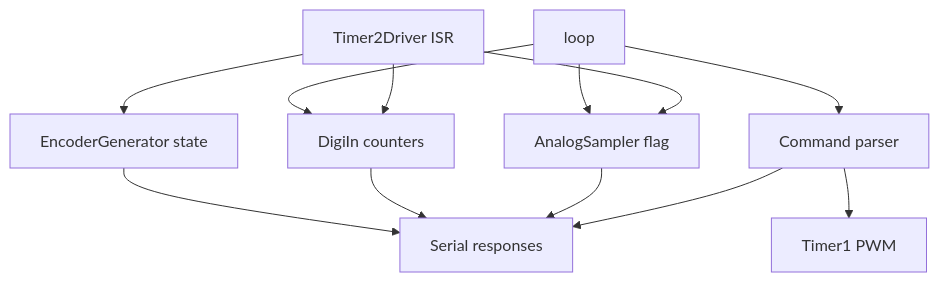
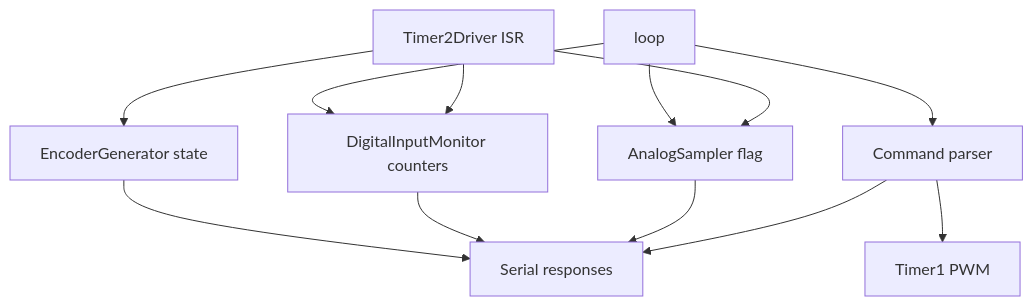
One commit to djwinter29-oss/arduino-iofusion changed the diagram in README.md. Above: the diagram before and after it, drawn with Mermaid. The commit also changed other lines of this file and 73 other files, not shown here.

````diff
--- a/README.md
+++ b/README.md
@@ -55,18 +76,18 @@
 ```mermaid
 flowchart TD
     T2[Timer2Driver ISR] --> AS[AnalogSampler flag]
-    T2 --> DI[DigiIn counters]
+    T2 --> DI[DigitalInputMonitor counters]
     T2 --> EN[EncoderGenerator state]
 
     LOOP[loop] --> AS
     LOOP --> DI
     LOOP --> CMD[Command parser]
 
     CMD --> PWM[Timer1 PWM]
     CMD --> RESP[Serial responses]
 
     AS --> RESP
     DI --> RESP
     EN --> RESP
 
 ```
````
